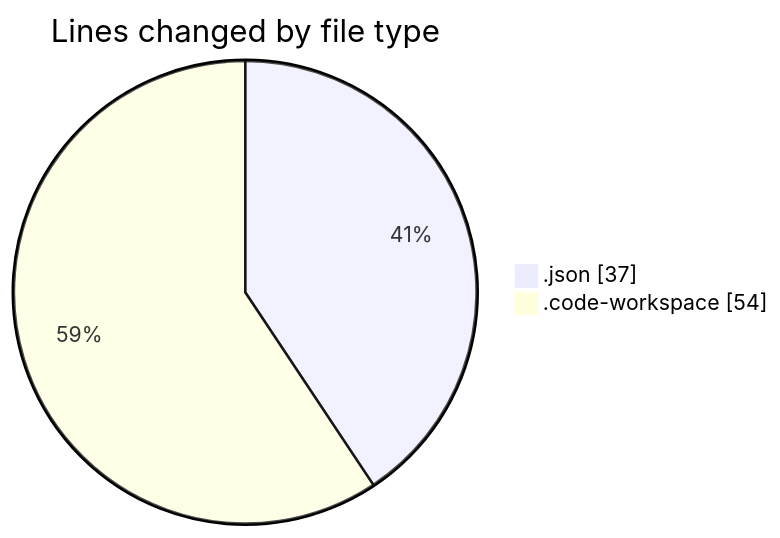
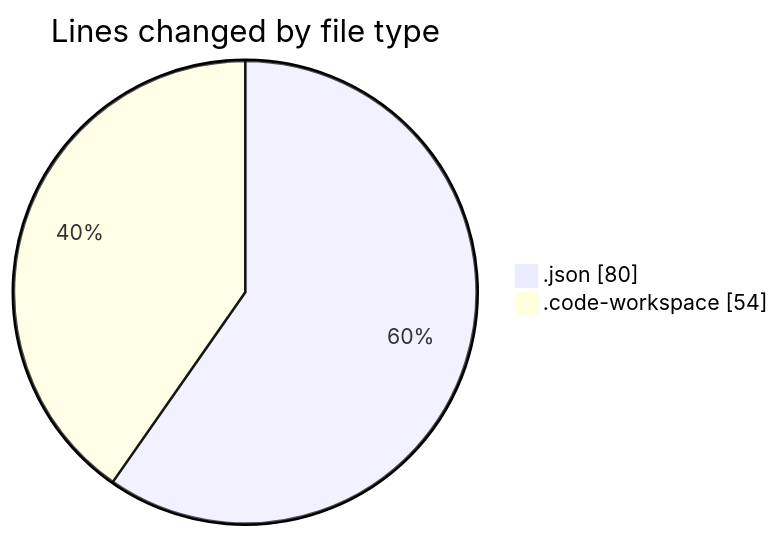
Before and after one commit to jadenblack/code-tracking: the first of 2 diagrams in 2026-02-24/workbench__workspace_/README.md, drawn with Mermaid. The commit also changed other lines of this file and 1 other file, not shown here.

````diff
--- a/2026-02-24/workbench__workspace_/README.md
+++ b/2026-02-24/workbench__workspace_/README.md
@@ -21,6 +21,6 @@
 ```mermaid
 pie showData
 title Lines changed by file type
-".json" : 37
+".json" : 80
 ".code-workspace" : 54
 ```
````
